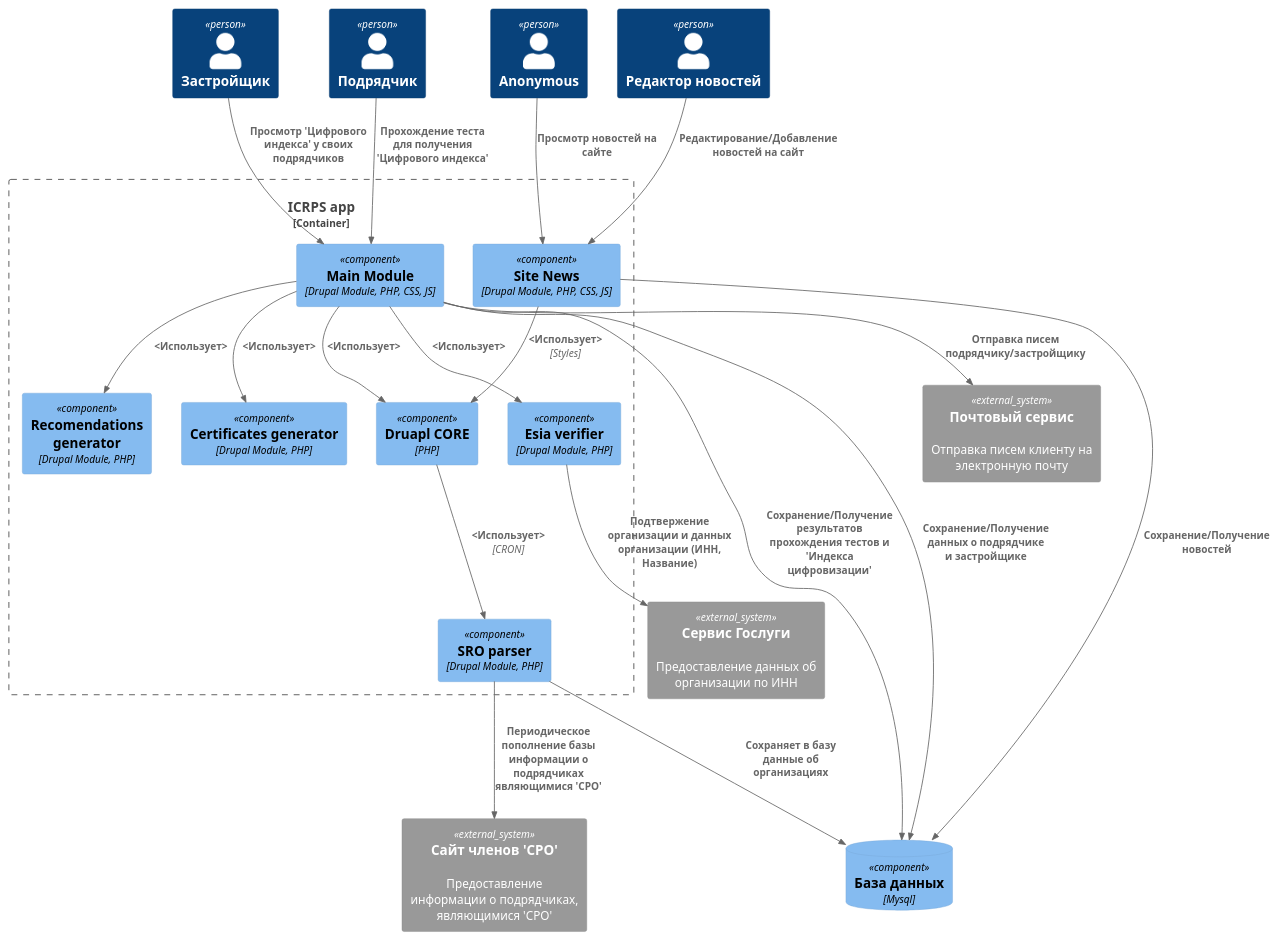
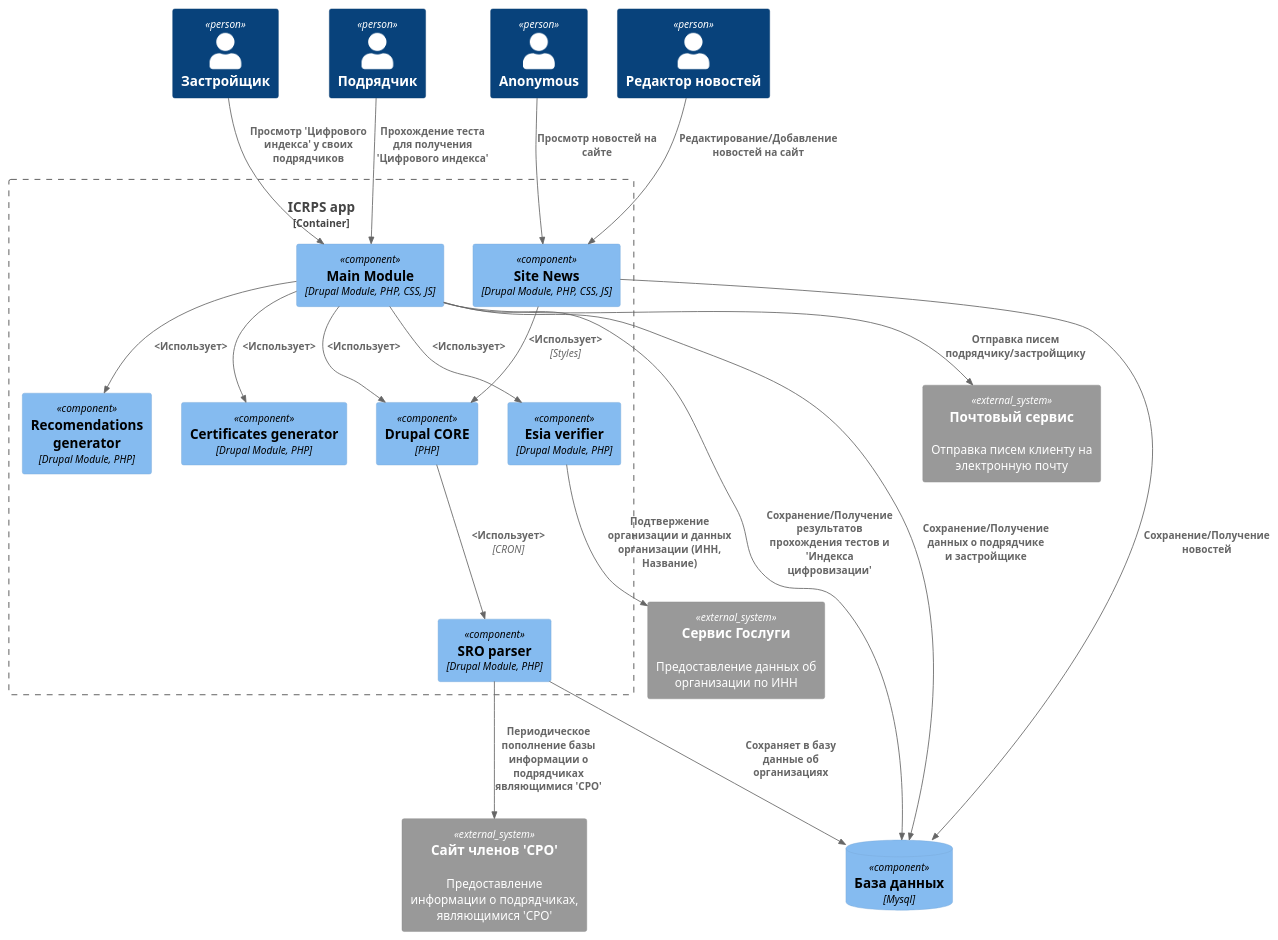
The diagram in docs/c4/3-component.puml (UsingCoding/ICRPS-docs), drawn with PlantUML before and after one commit. The commit also changed 3 other files, not shown here.

```diff
--- a/docs/c4/3-component.puml
+++ b/docs/c4/3-component.puml
@@ -1,48 +1,48 @@
 @startuml component-level
 !include https://raw.githubusercontent.com/plantuml-stdlib/C4-PlantUML/master/C4_Component.puml
 
 Person(user_anonymous, "Anonymous")
 Person(user_contractor, "Подрядчик")
 Person(user_developer, "Застройщик")
 Person(user_news_editor, "Редактор новостей")
 
 Container_Boundary(container_app, "ICRPS app") {
     Component(digital_index_constructor, "Main Module", "Drupal Module, PHP, CSS, JS")
-    Component(drupal_core, "Druapl CORE", "PHP")
+    Component(drupal_core, "Drupal CORE", "PHP")
     Component(recommendations_generator, "Recomendations generator", "Drupal Module, PHP")
     Component(certificates_generator, "Certificates generator", "Drupal Module, PHP")
     Component(esia_verifier, "Esia verifier", "Drupal Module, PHP")
     Component(parser, "SRO parser", "Drupal Module, PHP")
     Component(news, "Site News", "Drupal Module, PHP, CSS, JS")
 }
 
 ComponentDb(component_system_db, "База данных", "Mysql")
 
 System_Ext(system_email, "Почтовый сервис", "Отправка писем клиенту на электронную почту")
 System_Ext(system_sro_site, "Сайт членов 'СРО'", "Предоставление информации о подрядчиках, являющимися 'СРО'")
 System_Ext(system_esia, "Сервис Гослуги", "Предоставление данных об организации по ИНН")
 
 Rel(user_contractor, digital_index_constructor, "Прохождение теста для получения 'Цифрового индекса'")
 Rel(user_developer, digital_index_constructor, "Просмотр 'Цифрового индекса' у своих подрядчиков")
 Rel(user_anonymous, news, "Просмотр новостей на сайте")
 Rel(user_news_editor, news, "Редактирование/Добавление новостей на сайт")
 
 Rel(digital_index_constructor, component_system_db, "Сохранение/Получение результатов прохождения тестов и 'Индекса цифровизации'")
 Rel(digital_index_constructor, component_system_db, "Сохранение/Получение данных о подрядчике и застройщике")
 Rel(digital_index_constructor, drupal_core, "<Использует>")
 
 Rel(digital_index_constructor, recommendations_generator, "<Использует>")
 Rel(digital_index_constructor, certificates_generator, "<Использует>")
 Rel(digital_index_constructor, esia_verifier, "<Использует>")
 
 Rel(news, drupal_core, "<Использует>", "Styles")
 Rel(news, component_system_db, "Сохранение/Получение новостей")
 
 Rel(drupal_core, parser, "<Использует>", "CRON")
 Rel(parser, component_system_db, "Сохраняет в базу данные об организациях")
 
 Rel(digital_index_constructor, system_email, "Отправка писем подрядчику/застройщику")
 Rel(parser, system_sro_site, "Периодическое пополнение базы информации о подрядчиках являющимися 'СРО'")
 Rel(esia_verifier, system_esia, "Подтвержение организации и данных организации (ИНН, Название)")
 
 @enduml
```
